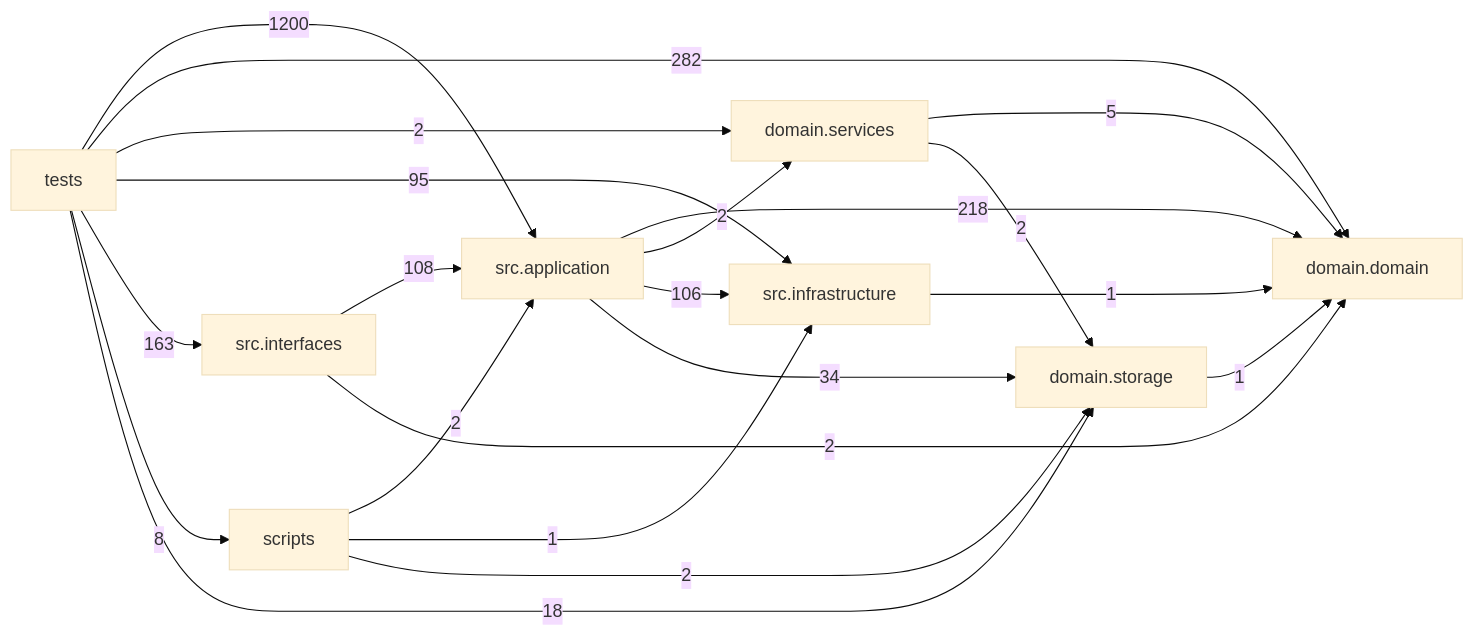
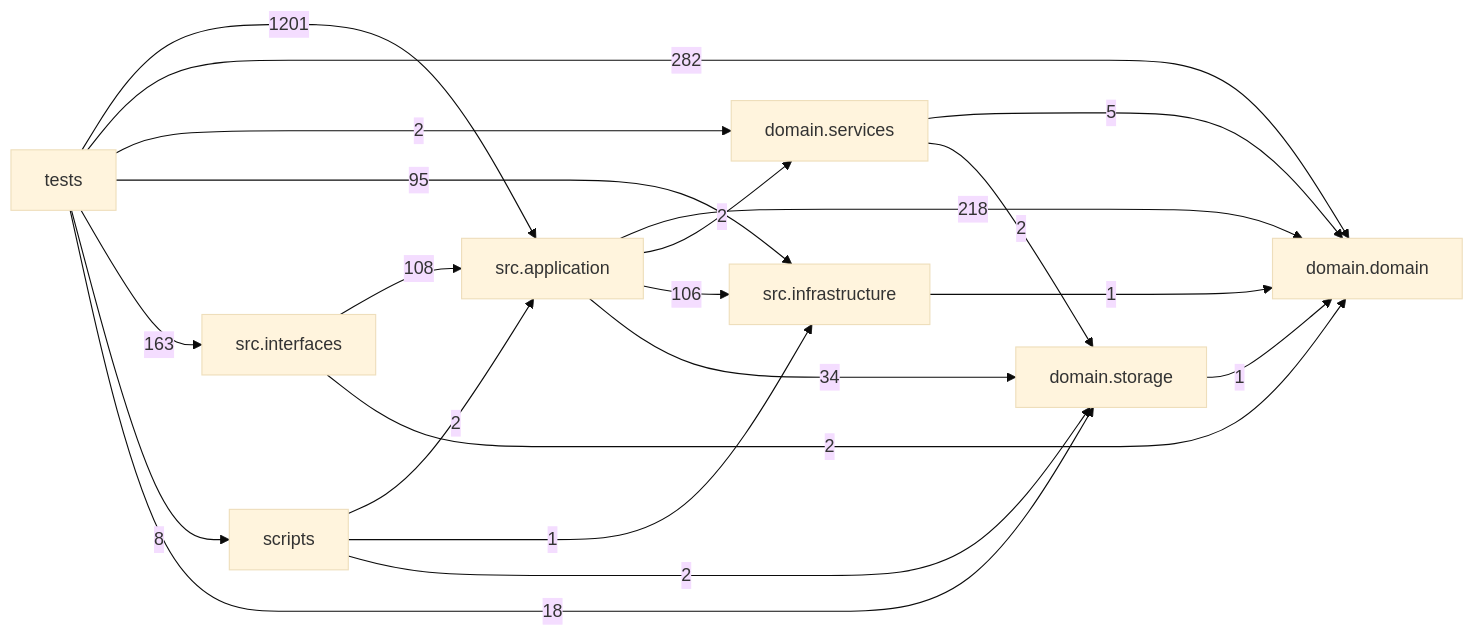
Before and after one commit to liuxie066/options-monitor: the diagram in docs/DEPENDENCY_GRAPH.md, drawn with Mermaid (base theme). The commit also changed other lines of this file and 37 other files, not shown here.

````diff
--- a/docs/DEPENDENCY_GRAPH.md
+++ b/docs/DEPENDENCY_GRAPH.md
@@ -24,31 +24,31 @@
 ```mermaid
 flowchart LR
   tests["tests"]
   scripts["scripts"]
   interfaces["src.interfaces"]
   application["src.application"]
   infrastructure["src.infrastructure"]
   domain_services["domain.services"]
   domain["domain.domain"]
   storage["domain.storage"]
   application -->|218| domain
   application -->|2| domain_services
   application -->|106| infrastructure
   application -->|34| storage
   domain_services -->|5| domain
   domain_services -->|2| storage
   infrastructure -->|1| domain
   interfaces -->|108| application
   interfaces -->|2| domain
   scripts -->|2| application
   scripts -->|1| infrastructure
   scripts -->|2| storage
   storage -->|1| domain
-  tests -->|1200| application
+  tests -->|1201| application
   tests -->|282| domain
   tests -->|2| domain_services
   tests -->|95| infrastructure
   tests -->|163| interfaces
   tests -->|8| scripts
   tests -->|18| storage
 ```
````
